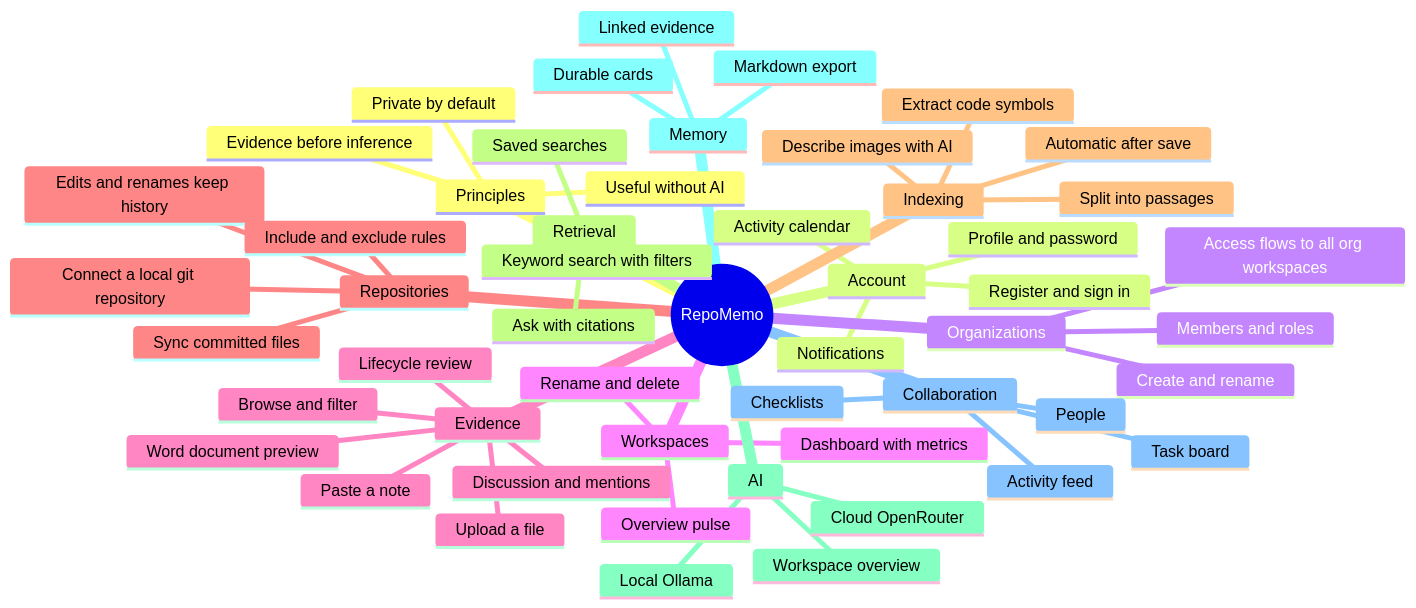
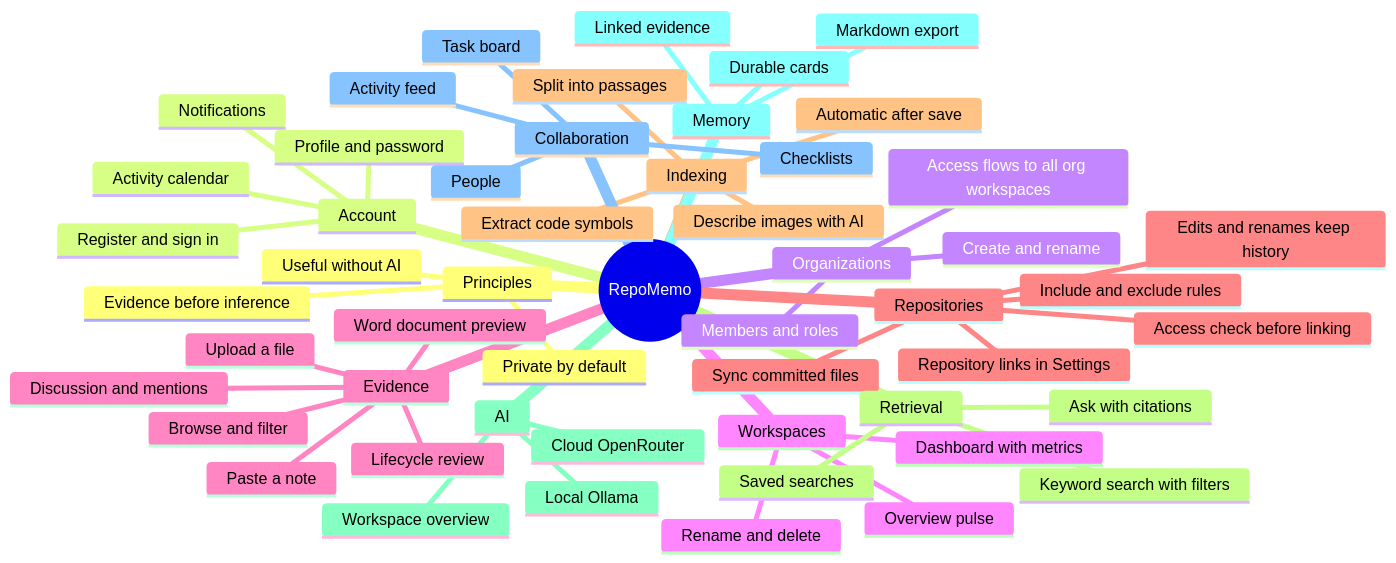
One commit to winksen/RepoMemo changed the diagram in mindmap/FUNCTIONAL_MINDMAP.md. Above: the diagram before and after it, drawn with Mermaid. The commit also changed other lines of this file and 15 other files, not shown here.

````diff
--- a/mindmap/FUNCTIONAL_MINDMAP.md
+++ b/mindmap/FUNCTIONAL_MINDMAP.md
@@ -61,55 +61,56 @@
 ```mermaid
 mindmap
   root((RepoMemo))
     Principles
       Evidence before inference
       Useful without AI
       Private by default
     Account
       Register and sign in
       Profile and password
       Activity calendar
       Notifications
     Organizations
       Create and rename
       Members and roles
       Access flows to all org workspaces
     Workspaces
       Dashboard with metrics
       Overview pulse
       Rename and delete
     Evidence
       Paste a note
       Upload a file
       Browse and filter
       Word document preview
       Lifecycle review
       Discussion and mentions
     Repositories
-      Connect a local git repository
+      Repository links in Settings
+      Access check before linking
       Sync committed files
       Edits and renames keep history
       Include and exclude rules
     Indexing
       Automatic after save
       Split into passages
       Extract code symbols
       Describe images with AI
     Retrieval
       Keyword search with filters
       Saved searches
       Ask with citations
     AI
       Local Ollama
       Cloud OpenRouter
       Workspace overview
     Memory
       Durable cards
       Linked evidence
       Markdown export
     Collaboration
       Task board
       Checklists
       People
       Activity feed
 ```
````
